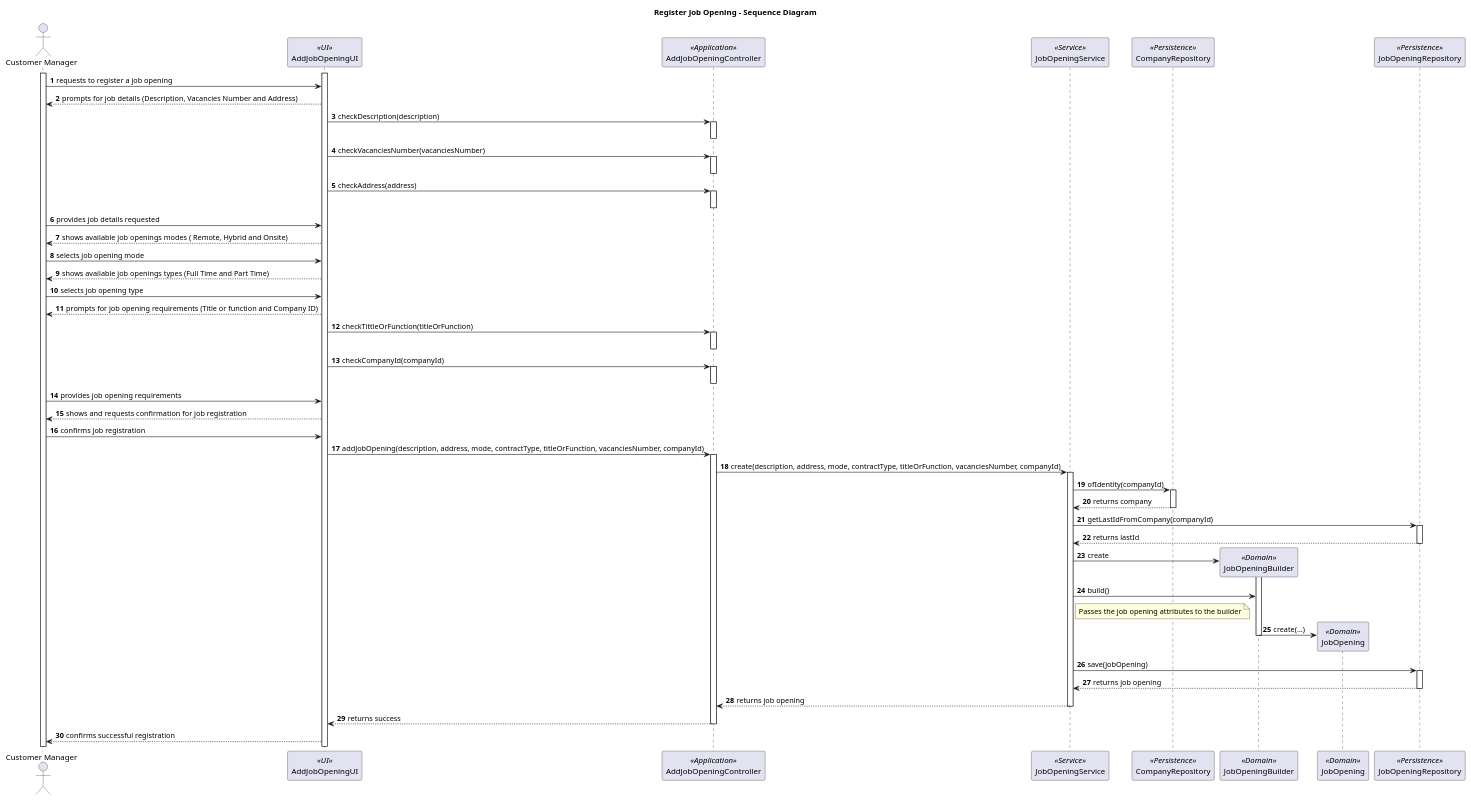
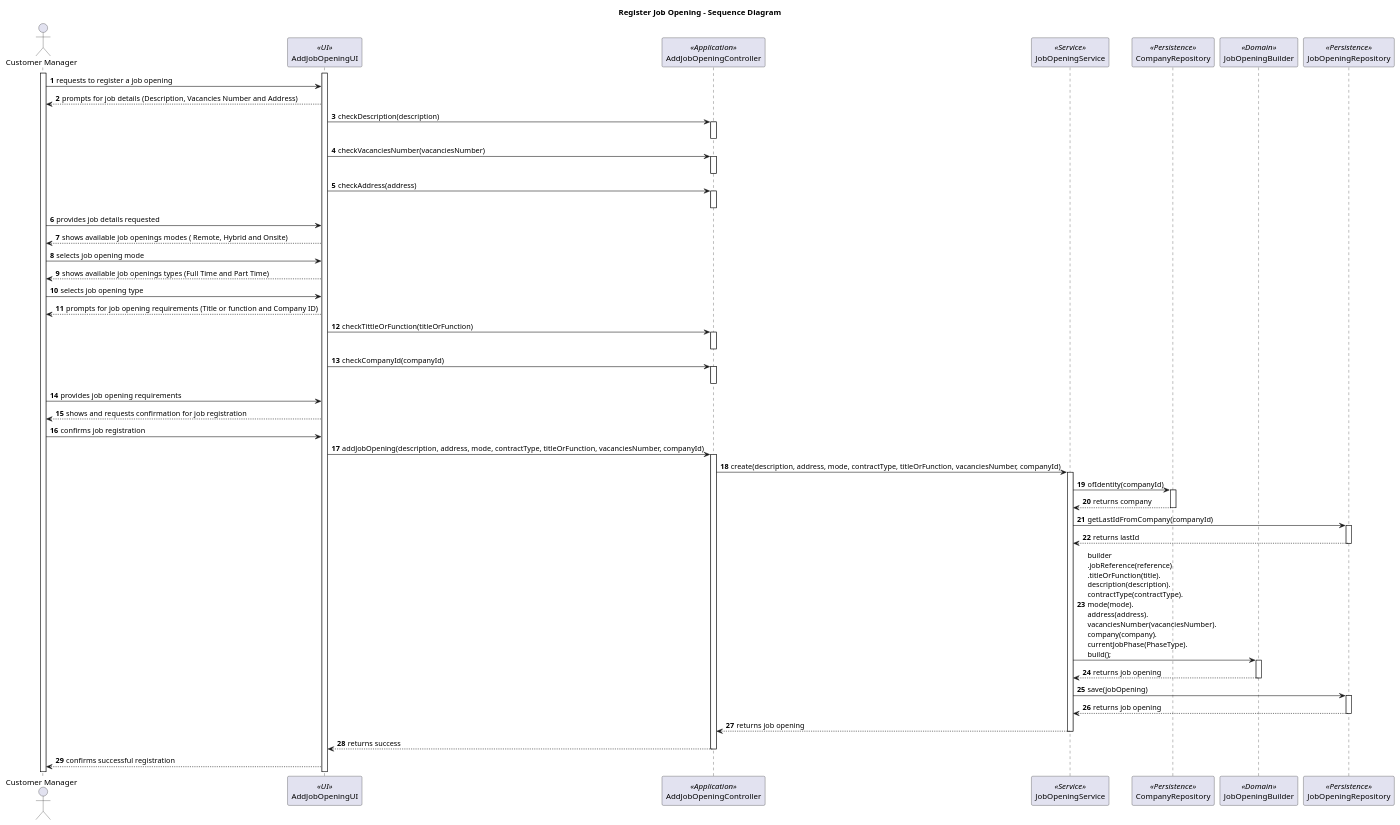
The diagram in docs/sprintB/1002/1002-sequence-diagram.puml (marcoferreira37/Lapr4), drawn with PlantUML before and after one commit. The commit also changed 2 other files, not shown here.

Commit message:
#35 - [US1013] Update of the Sequence Diagram

```diff
--- a/docs/sprintB/1002/1002-sequence-diagram.puml
+++ b/docs/sprintB/1002/1002-sequence-diagram.puml
@@ -1,145 +1,136 @@
 @startuml
 
 title Register Job Opening - Sequence Diagram
 
 autonumber
 actor "Customer Manager" as M
 participant AddJobOpeningUI  as UI <<UI>>
 participant AddJobOpeningController as Controller <<Application>>
 participant JobOpeningService as JS <<Service>>
 participant CompanyRepository as CRepo <<Persistence>>
 participant JobOpeningBuilder as JB <<Domain>>
-participant JobOpening as JO <<Domain>>
 participant JobOpeningRepository as JRepo <<Persistence>>
 
 activate M
 activate UI
 
 M -> UI : requests to register a job opening
 
 UI --> M : prompts for job details (Description, Vacancies Number and Address)
 
 UI -> Controller : checkDescription(description)
 
 activate Controller
 deactivate Controller
 
 UI -> Controller : checkVacanciesNumber(vacanciesNumber)
 
 activate Controller
 deactivate Controller
 
 UI -> Controller : checkAddress(address)
 
 activate Controller
 deactivate Controller
 
 deactivate Controller
 
 M -> UI : provides job details requested
 
 UI --> M : shows available job openings modes ( Remote, Hybrid and Onsite)
 
 M -> UI : selects job opening mode
 
 UI --> M : shows available job openings types (Full Time and Part Time)
 
 M -> UI : selects job opening type
 
 UI --> M :  prompts for job opening requirements (Title or function and Company ID)
 
 UI -> Controller: checkTittleOrFunction(titleOrFunction)
 
 activate Controller
 deactivate Controller
 
 UI -> Controller: checkCompanyId(companyId)
 activate Controller
 
 deactivate Controller
 
 M -> UI : provides job opening requirements
 
 UI --> M : shows and requests confirmation for job registration
 
 M -> UI : confirms job registration
 
 UI -> Controller: addJobOpening(description, address, mode, contractType, titleOrFunction, vacanciesNumber, companyId)
 
 activate Controller
 
 Controller -> JS : create(description, address, mode, contractType, titleOrFunction, vacanciesNumber, companyId)
 
 activate JS
 
 
 JS -> CRepo: ofIdentity(companyId)
 
 activate CRepo
 
 CRepo --> JS: returns company
 
 deactivate CRepo
 
 JS -> JRepo: getLastIdFromCompany(companyId)
 
 activate JRepo
 
 JRepo --> JS: returns lastId
 
 deactivate JRepo
 
-JS -> JB**: create
 
 
 
 'Controller -> JB: withDescription(description)
 'Controller -> JB: withAddress(address)
 'Controller -> JB: withMode(mode)
 'Controller -> JB: withContractType(contractType)
 'Controller -> JB: withTitleOrFunction(titleOrFunction)
 'Controller -> JB: withVacanciesNumber(vacanciesNumber)
 'Controller -> JB: withCompanyId(companyId)
 
 
 deactivate JRepo
 
+
+JS -> JB:   builder\n.jobReference(reference)\n.titleOrFunction(title).\ndescription(description).\ncontractType(contractType).\nmode(mode).\naddress(address).\nvacanciesNumber(vacanciesNumber).\ncompany(company).\ncurrentJobPhase(PhaseType).\nbuild();
+
 activate JB
 
-JS -> JB: build()
-
-note right of JS
-  Passes the job opening attributes to the builder
-end note
-
-JB -> JO**: create(...)
+JB --> JS: returns job opening
 
 deactivate JB
-
-
-
-
 
 JS -> JRepo: save(jobOpening)
 
 
 activate JRepo
 
 JRepo --> JS: returns job opening
 
 deactivate JRepo
 
 JS --> Controller: returns job opening
 
 deactivate JS
 
 deactivate JB
 
 
 deactivate JRepo
 Controller --> UI: returns success
 deactivate Controller
 
 UI --> M: confirms successful registration
 
 @enduml
```
